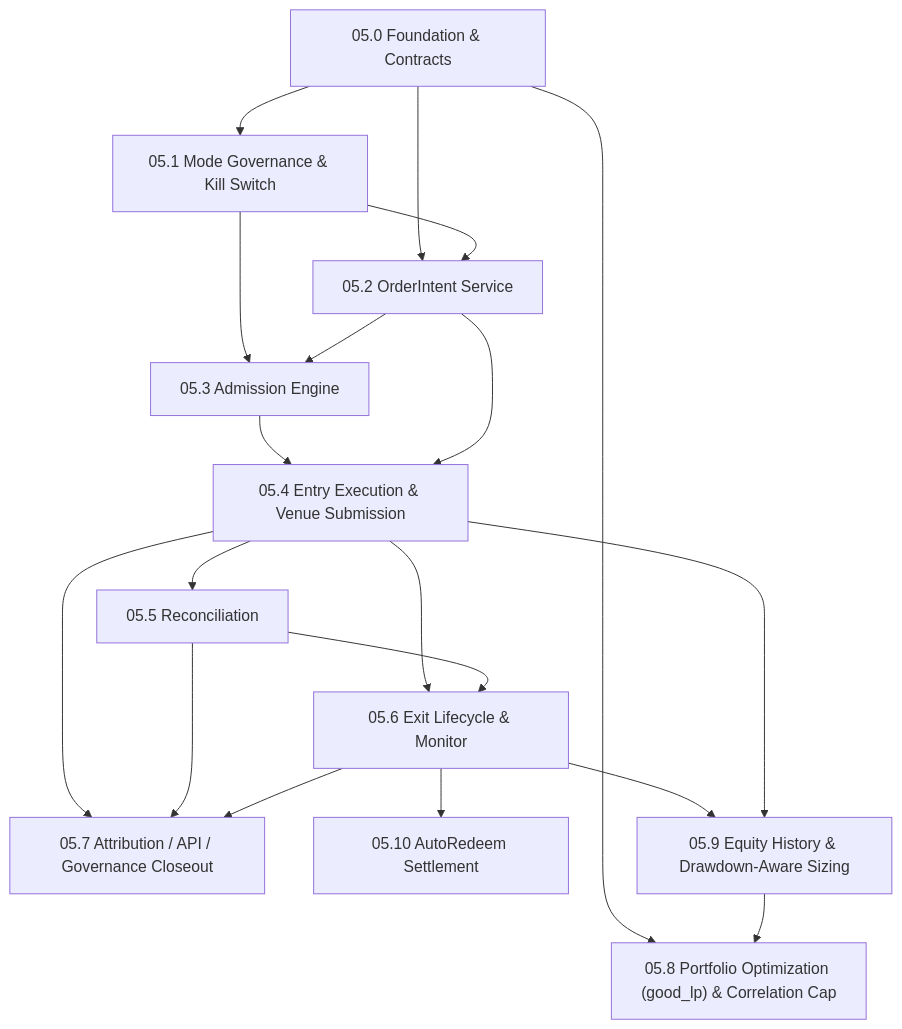
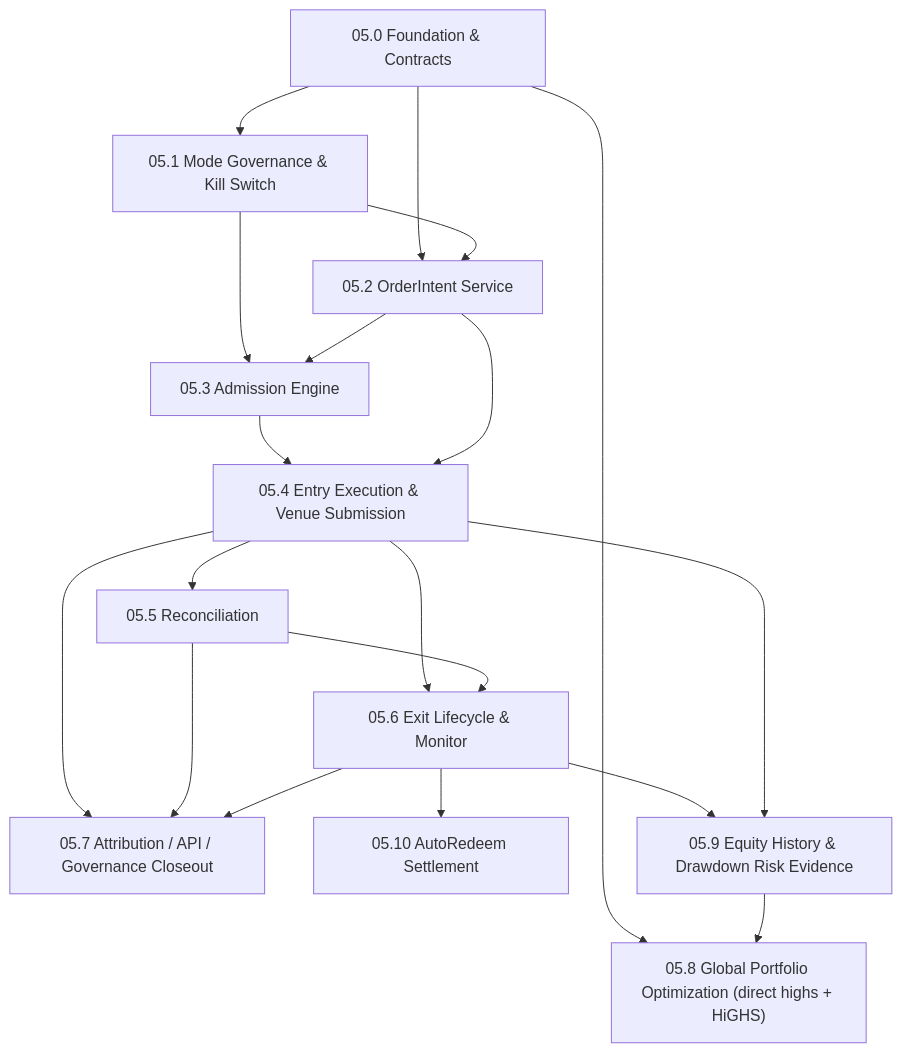
Before and after one commit to solomon-ssy/oxide-arb: the first of 2 diagrams in docs/plans/quant-pivot/phase-05/README.md, drawn with Mermaid. The commit also changed other lines of this file and 438 other files, not shown here.

Commit message:
feat(core,models,research,repository,migration,api,web,system-tests,xtask,docs,ui): 🧮 Cut over to HiGHS global portfolio, mixed-route reports, and descriptor-backed deploy/runtime config

````diff
--- a/docs/plans/quant-pivot/phase-05/README.md
+++ b/docs/plans/quant-pivot/phase-05/README.md
@@ -71,21 +71,21 @@
 ```mermaid
 flowchart TD
     P50["05.0 Foundation & Contracts"] --> P51["05.1 Mode Governance & Kill Switch"]
     P50 --> P52["05.2 OrderIntent Service"]
     P51 --> P52
     P51 --> P53["05.3 Admission Engine"]
     P52 --> P53
     P53 --> P54["05.4 Entry Execution & Venue Submission"]
     P52 --> P54
     P54 --> P55["05.5 Reconciliation"]
     P54 --> P56["05.6 Exit Lifecycle & Monitor"]
     P55 --> P56
     P54 --> P57["05.7 Attribution / API / Governance Closeout"]
     P55 --> P57
     P56 --> P57
     P56 --> P510["05.10 AutoRedeem Settlement"]
-    P50 --> P58["05.8 Portfolio Optimization (good_lp) & Correlation Cap"]
-    P56 --> P59["05.9 Equity History & Drawdown-Aware Sizing"]
+    P50 --> P58["05.8 Global Portfolio Optimization (direct highs + HiGHS)"]
+    P56 --> P59["05.9 Equity History & Drawdown Risk Evidence"]
     P54 --> P59
     P59 --> P58
 ```
````
